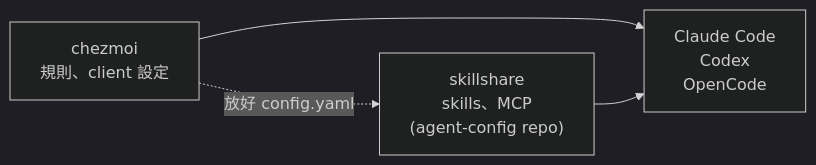
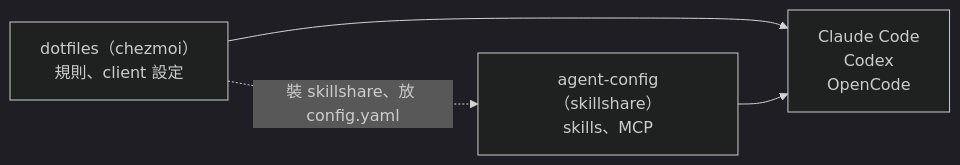
The diagram in docs/ai-agent-setup.md (henry5720/dotfiles), drawn with Mermaid (dark theme) before and after one commit. The commit also changed other lines of this file and 2 other files, not shown here.

Commit message:
docs: 照 #84 的表改 README、share-with-guest、ai-agent-setup 的圖
- README「這個 repo 怎麼分工」：圖和下方 bullet 改成「東西｜誰跑、什麼時候｜管什麼」3 列表格
- share-with-guest：刪掉「兩層分開想」的圖，表上補一句誰用哪個指令；share-shell 那張只留資料路徑
- ai-agent-setup「全貌」：跟 agent-config README 開頭那張改成一字不差

Closes #98

````diff
--- a/docs/ai-agent-setup.md
+++ b/docs/ai-agent-setup.md
@@ -26,10 +26,10 @@
 ```mermaid
 flowchart LR
-  chezmoi["chezmoi<br/>規則、client 設定"]
-  skillshare["skillshare<br/>skills、MCP<br/>(agent-config repo)"]
+  dotfiles["dotfiles（chezmoi）<br/>規則、client 設定"]
+  agentconfig["agent-config（skillshare）<br/>skills、MCP"]
   clients["Claude Code<br/>Codex<br/>OpenCode"]
 
-  chezmoi --> clients
-  skillshare --> clients
-  chezmoi -. "放好 config.yaml" .-> skillshare
+  dotfiles --> clients
+  agentconfig --> clients
+  dotfiles -. "裝 skillshare、放 config.yaml" .-> agentconfig
 ```
````
